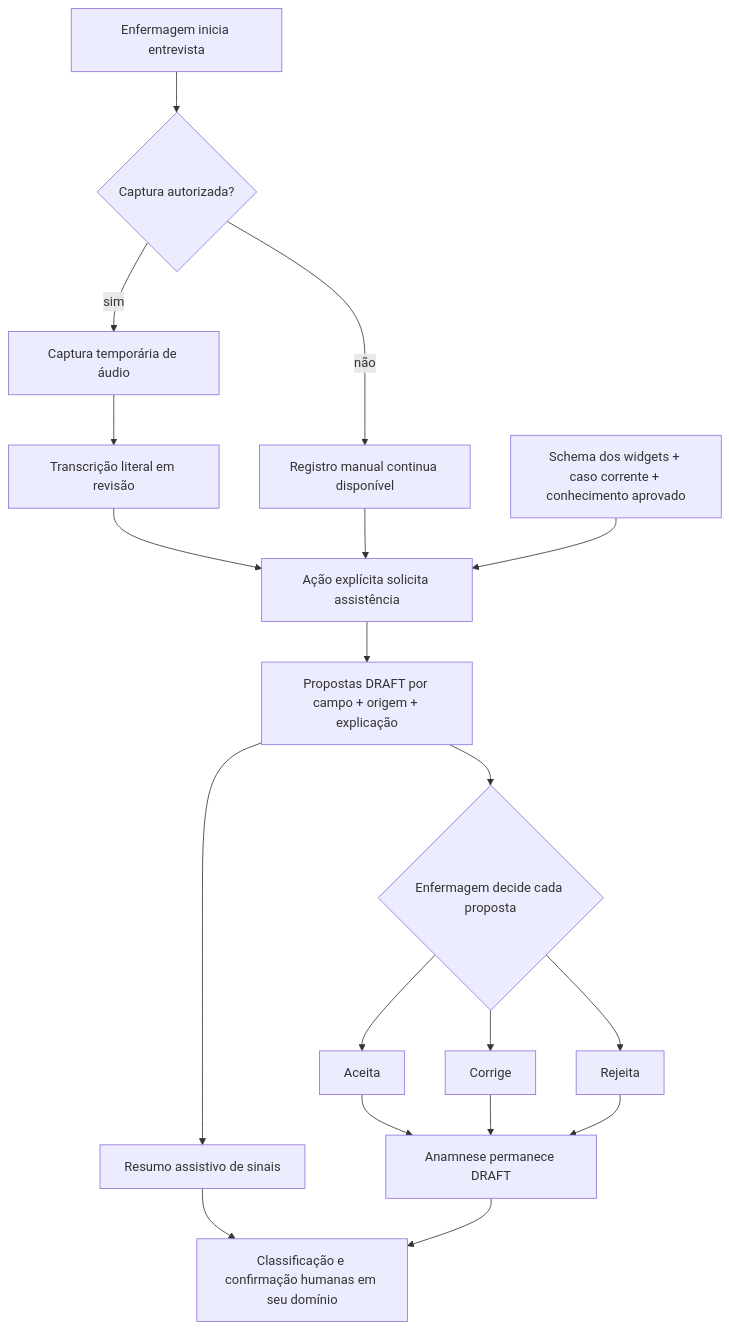
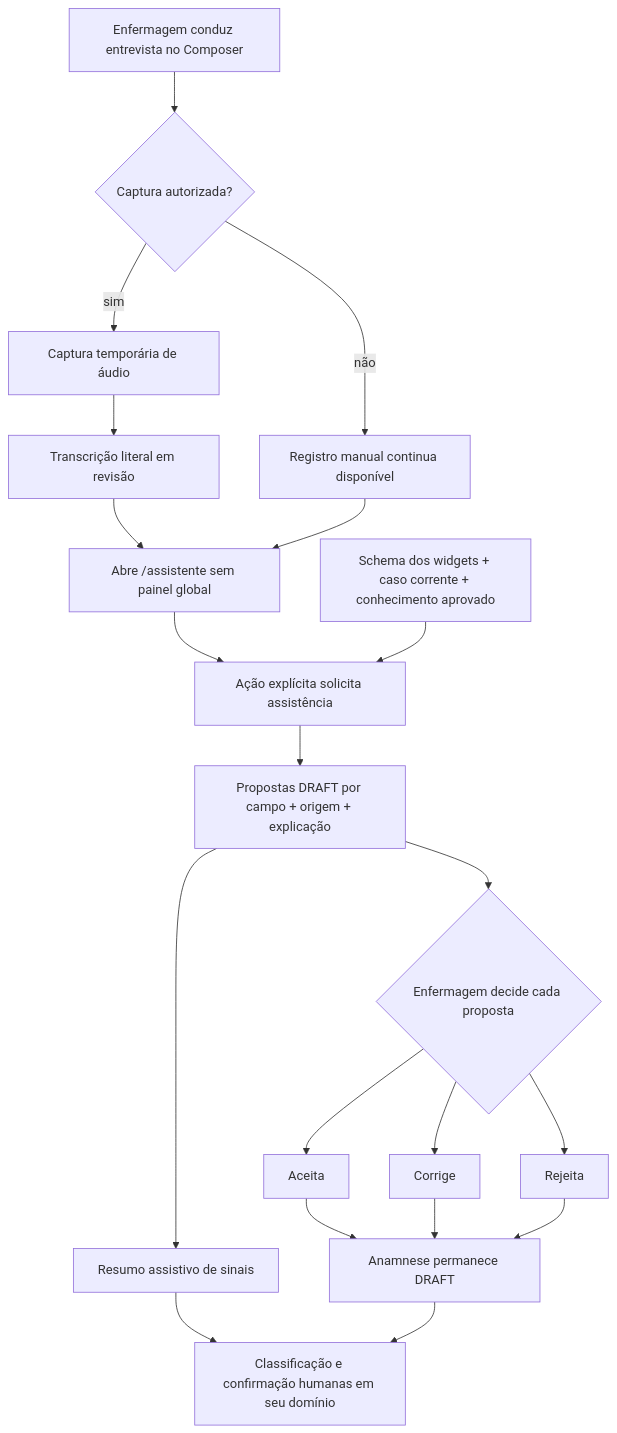
Before and after one commit to nmarcofernandess/antessala: the diagram in hack/domains/ANALYST-ia-memoria-e-conhecimento.md, drawn with Mermaid. The commit also changed other lines of this file and 29 other files, not shown here.

````diff
--- a/hack/domains/ANALYST-ia-memoria-e-conhecimento.md
+++ b/hack/domains/ANALYST-ia-memoria-e-conhecimento.md
@@ -147,31 +159,32 @@
 ```mermaid
 flowchart TD
-    START["Enfermagem inicia entrevista"]
+    START["Enfermagem conduz entrevista no Composer"]
     CONSENT{"Captura autorizada?"}
     AUDIO["Captura temporária de áudio"]
     MANUAL["Registro manual continua disponível"]
     TRANSCRIPT["Transcrição literal em revisão"]
+    ASSIST["Abre /assistente sem painel global"]
     REQUEST["Ação explícita solicita assistência"]
     CONTEXT["Schema dos widgets + caso corrente + conhecimento aprovado"]
     DRAFTS["Propostas DRAFT por campo + origem + explicação"]
     HUMAN{"Enfermagem decide cada proposta"}
     ACCEPT["Aceita"]
     CORRECT["Corrige"]
     REJECT["Rejeita"]
     FORM["Anamnese permanece DRAFT"]
     SUMMARY["Resumo assistivo de sinais"]
     DOMAIN["Classificação e confirmação humanas em seu domínio"]
 
     START --> CONSENT
     CONSENT -->|"sim"| AUDIO --> TRANSCRIPT
     CONSENT -->|"não"| MANUAL
-    TRANSCRIPT --> REQUEST
-    MANUAL --> REQUEST
+    TRANSCRIPT --> ASSIST --> REQUEST
+    MANUAL --> ASSIST
     CONTEXT --> REQUEST
     REQUEST --> DRAFTS --> HUMAN
     HUMAN --> ACCEPT --> FORM
     HUMAN --> CORRECT --> FORM
     HUMAN --> REJECT --> FORM
     DRAFTS --> SUMMARY --> DOMAIN
     FORM --> DOMAIN
 ```
````
